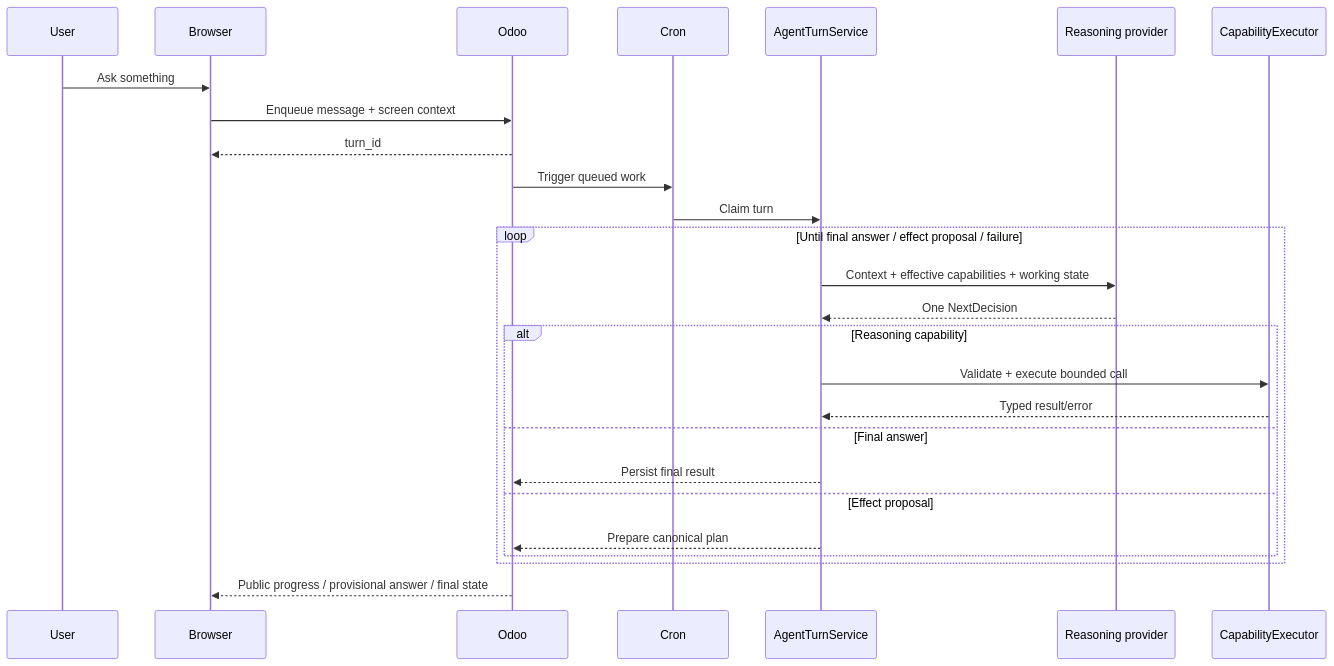
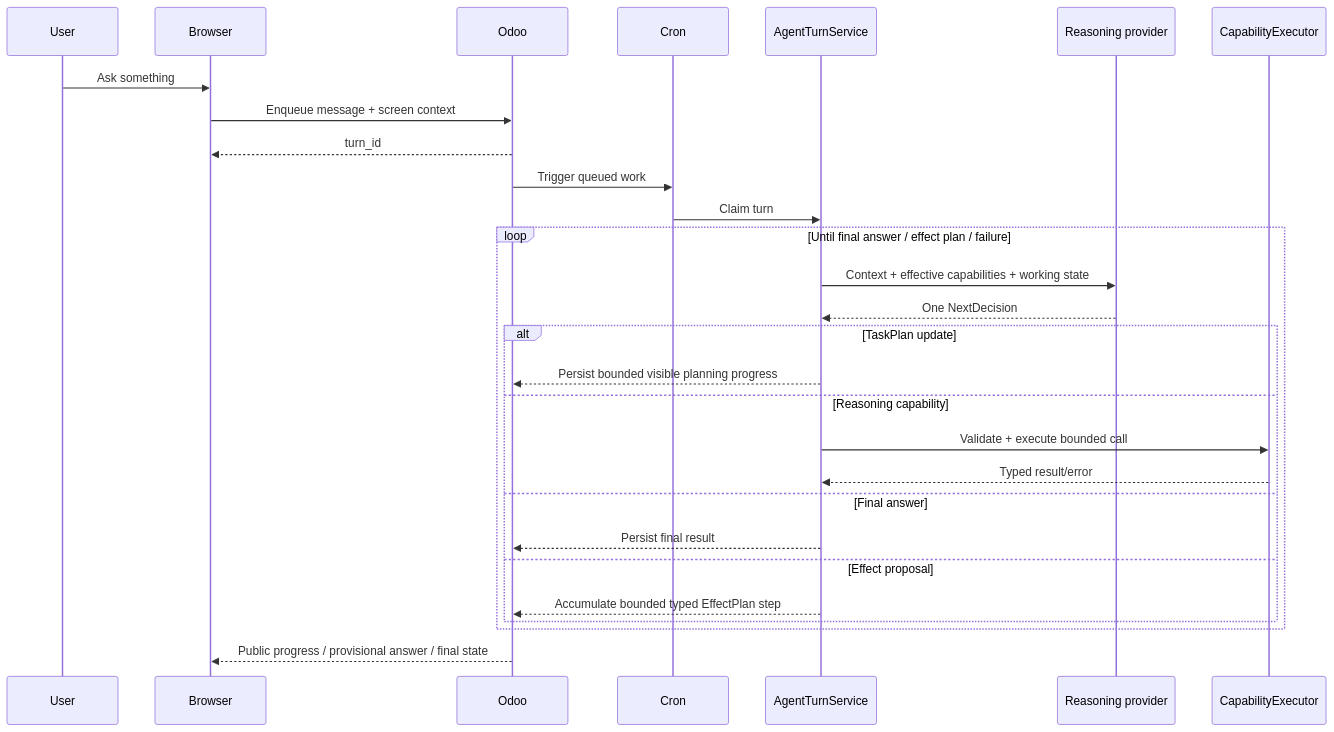
Before and after one commit to CPX-001/ai-odoo-assistant: the second of 4 diagrams in README.md, drawn with Mermaid. The commit also changed other lines of this file and 5 other files, not shown here.

````diff
--- a/README.md
+++ b/README.md
@@ -45,29 +45,31 @@
 ```mermaid
 sequenceDiagram
     participant User
     participant Browser
     participant Odoo
     participant Cron
     participant Agent as AgentTurnService
     participant Model as Reasoning provider
     participant Cap as CapabilityExecutor
 
     User->>Browser: Ask something
     Browser->>Odoo: Enqueue message + screen context
     Odoo-->>Browser: turn_id
     Odoo->>Cron: Trigger queued work
     Cron->>Agent: Claim turn
-    loop Until final answer / effect proposal / failure
+    loop Until final answer / effect plan / failure
         Agent->>Model: Context + effective capabilities + working state
         Model-->>Agent: One NextDecision
-        alt Reasoning capability
+        alt TaskPlan update
+            Agent-->>Odoo: Persist bounded visible planning progress
+        else Reasoning capability
             Agent->>Cap: Validate + execute bounded call
             Cap-->>Agent: Typed result/error
         else Final answer
             Agent-->>Odoo: Persist final result
         else Effect proposal
-            Agent-->>Odoo: Prepare canonical plan
+            Agent-->>Odoo: Accumulate bounded typed EffectPlan step
         end
     end
     Odoo-->>Browser: Public progress / provisional answer / final state
 ```
````
